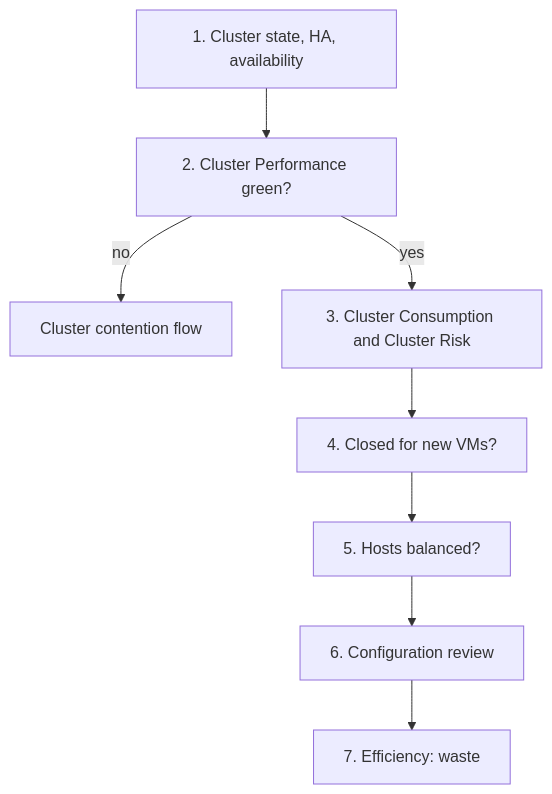
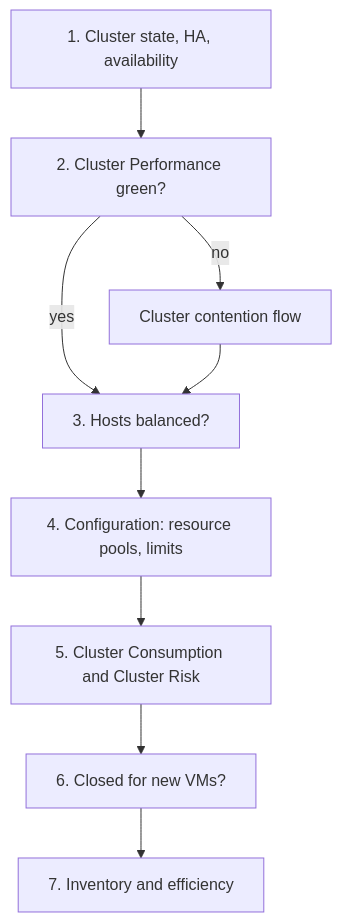
The diagram in knowledge/vsphere/object-types/cluster/health-check/cluster-health-check.md (e1-rahabok/agent-e2), drawn with Mermaid before and after one commit. The commit also changed other lines of this file and 17 other files, not shown here.

````diff
--- a/knowledge/vsphere/object-types/cluster/health-check/cluster-health-check.md
+++ b/knowledge/vsphere/object-types/cluster/health-check/cluster-health-check.md
@@ -11,10 +11,11 @@
 ```mermaid
 flowchart TD
   S1[1. Cluster state, HA, availability] --> S2[2. Cluster Performance green?]
   S2 -->|no| T2[Cluster contention flow]
-  S2 -->|yes| S3[3. Cluster Consumption and Cluster Risk]
-  S3 --> S4[4. Closed for new VMs?]
-  S4 --> S5[5. Hosts balanced?]
-  S5 --> S6[6. Configuration review]
-  S6 --> S7[7. Efficiency: waste]
+  S2 -->|yes| S3[3. Hosts balanced?]
+  T2 --> S3
+  S3 --> S4[4. Configuration: resource pools, limits]
+  S4 --> S5[5. Cluster Consumption and Cluster Risk]
+  S5 --> S6[6. Closed for new VMs?]
+  S6 --> S7[7. Inventory and efficiency]
 ```
````
